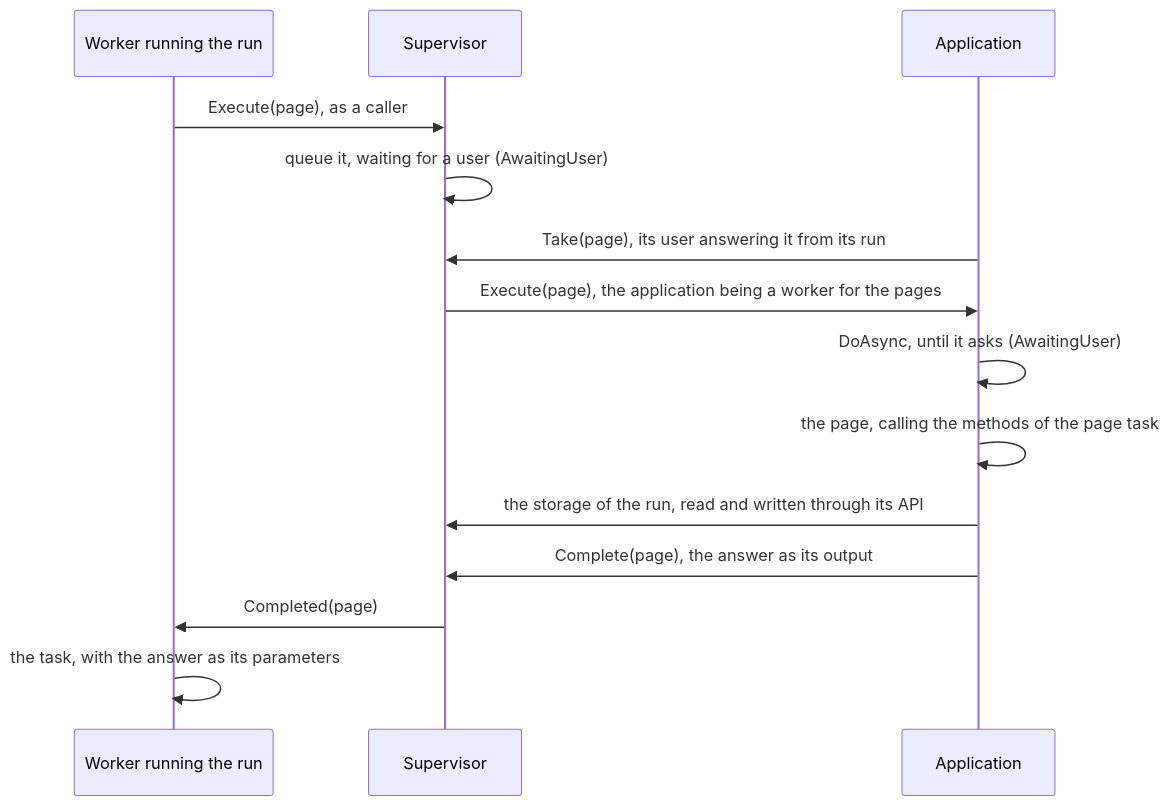
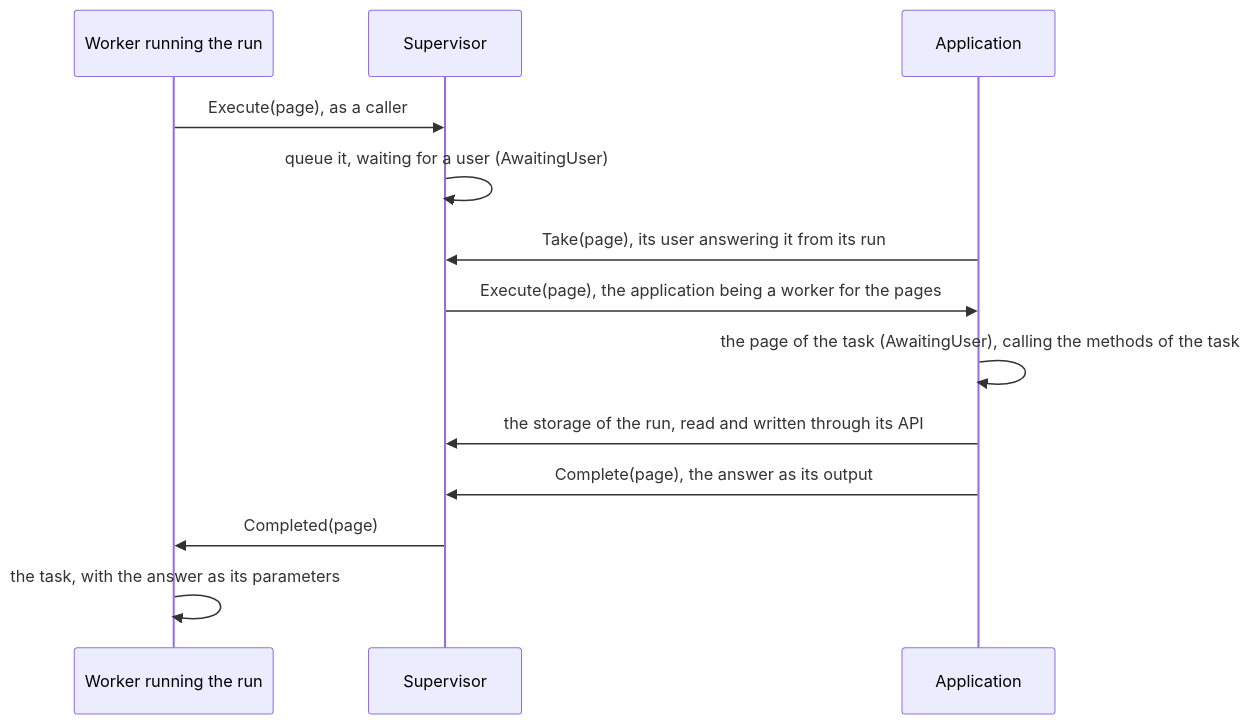
One commit to ndegheselle/Fantoche-automation changed the fourth of 5 diagrams in architecture.md. Above: the diagram before and after it, drawn with Mermaid. The commit also changed other lines of this file and 64 other files, not shown here.

First line of the commit message:
Move pages onto their task and describe fields from the schema

````diff
--- a/architecture.md
+++ b/architecture.md
@@ -145,16 +144,15 @@
 ```mermaid
 sequenceDiagram
     participant Worker as Worker running the run
     participant Supervisor
     participant App as Application
     Worker->>Supervisor: Execute(page), as a caller
     Supervisor->>Supervisor: queue it, waiting for a user (AwaitingUser)
     App->>Supervisor: Take(page), its user answering it from its run
     Supervisor->>App: Execute(page), the application being a worker for the pages
-    App->>App: DoAsync, until it asks (AwaitingUser)
-    App->>App: the page, calling the methods of the page task
+    App->>App: the page of the task (AwaitingUser), calling the methods of the task
     App->>Supervisor: the storage of the run, read and written through its API
     App->>Supervisor: Complete(page), the answer as its output
     Supervisor->>Worker: Completed(page)
     Worker->>Worker: the task, with the answer as its parameters
 ```
````
